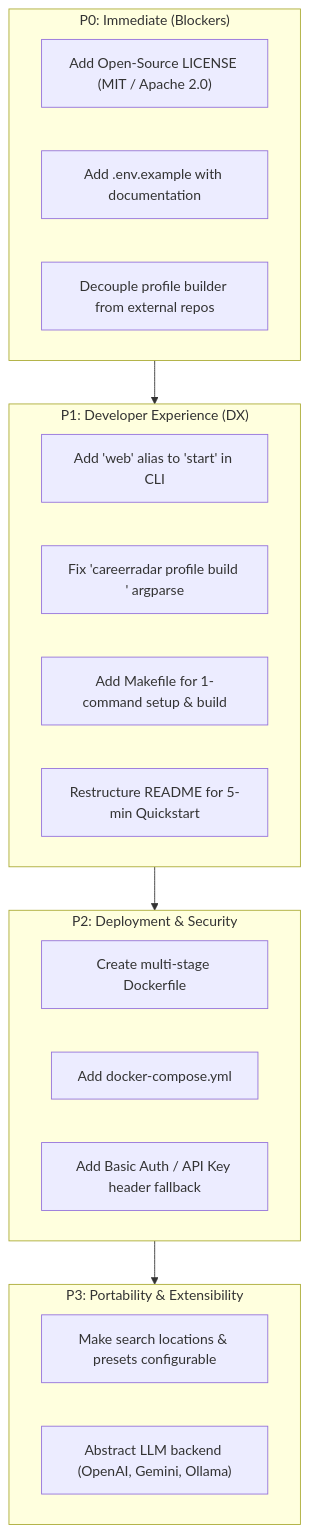
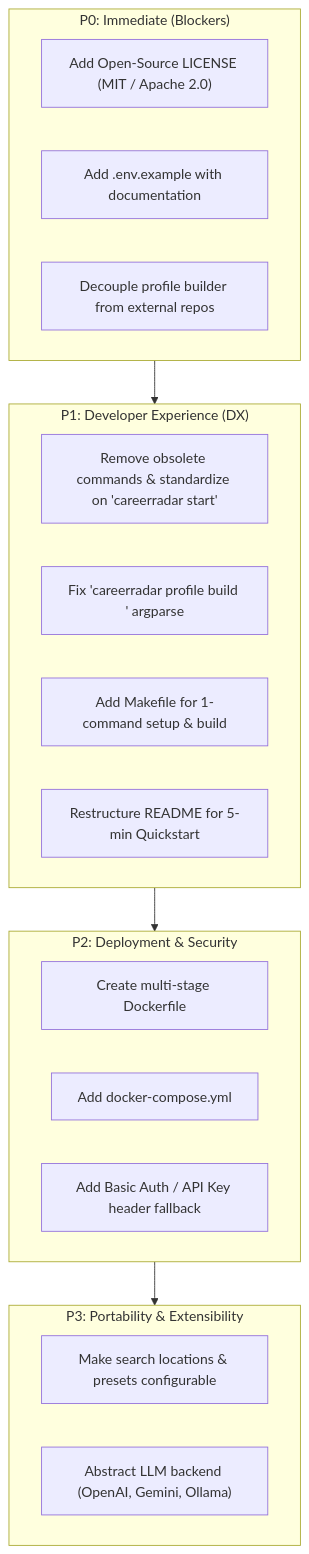
One commit to anttihil/findajob changed the diagram in docs/github_readiness_roadmap.md. Above: the diagram before and after it, drawn with Mermaid. The commit also changed other lines of this file and 7 other files, not shown here.

````diff
--- a/docs/github_readiness_roadmap.md
+++ b/docs/github_readiness_roadmap.md
@@ -25,30 +25,30 @@
 ```mermaid
 flowchart TD
     P0["P0: Legal & First-Run Onboarding"] --> P1["P1: CLI, Build & Documentation Sync"]
     P1 --> P2["P2: Docker & Flexible Auth"]
     P2 --> P3["P3: Localization & Multi-LLM Support"]
 
     subgraph P0["P0: Immediate (Blockers)"]
         A1["Add Open-Source LICENSE (MIT / Apache 2.0)"]
         A2["Add .env.example with documentation"]
         A3["Decouple profile builder from external repos"]
     end
 
     subgraph P1["P1: Developer Experience (DX)"]
-        B1["Add 'web' alias to 'start' in CLI"]
+        B1["Remove obsolete commands & standardize on 'careerradar start'"]
         B2["Fix 'careerradar profile build <file>' argparse"]
         B3["Add Makefile for 1-command setup & build"]
         B4["Restructure README for 5-min Quickstart"]
     end
 
     subgraph P2["P2: Deployment & Security"]
         C1["Create multi-stage Dockerfile"]
         C2["Add docker-compose.yml"]
         C3["Add Basic Auth / API Key header fallback"]
     end
 
     subgraph P3["P3: Portability & Extensibility"]
         D1["Make search locations & presets configurable"]
         D2["Abstract LLM backend (OpenAI, Gemini, Ollama)"]
     end
 ```
````
